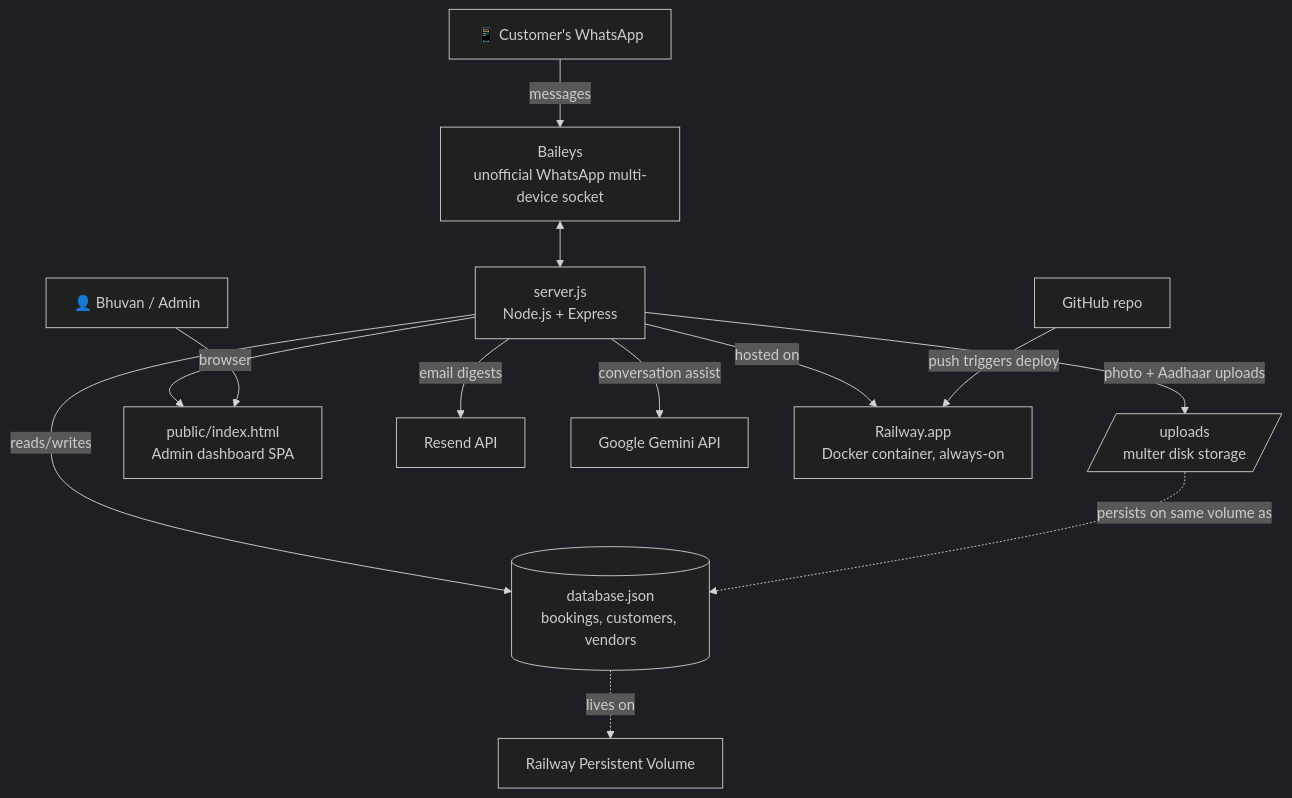
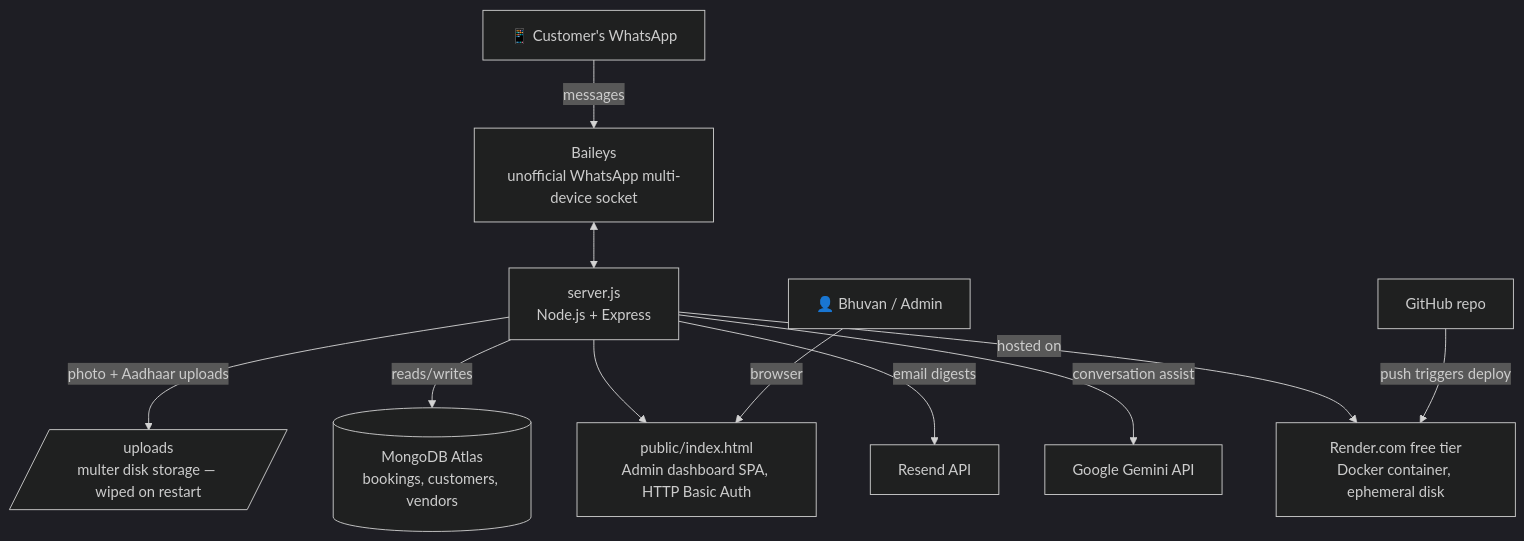
Before and after one commit to susrijambagi-boop/fixmaadi-bot: the diagram in docs/ARCHITECTURE.md, drawn with Mermaid (dark theme). The commit also changed other lines of this file and 5 other files, not shown here.

````diff
--- a/docs/ARCHITECTURE.md
+++ b/docs/ARCHITECTURE.md
@@ -5,15 +5,13 @@
 ```mermaid
 graph TD
     Customer[📱 Customer's WhatsApp] -->|messages| Baileys[Baileys<br/>unofficial WhatsApp multi-device socket]
     Baileys <--> Server[server.js<br/>Node.js + Express]
-    Server -->|photo + Aadhaar uploads| Uploads[/uploads<br/>multer disk storage/]
-    Server -->|reads/writes| DB[(database.json<br/>bookings, customers, vendors)]
-    Uploads -.persists on same volume as.-> DB
-    DB -.lives on.-> Volume[Railway Persistent Volume]
-    Server --> Dashboard[public/index.html<br/>Admin dashboard SPA]
+    Server -->|photo + Aadhaar uploads| Uploads[/uploads<br/>multer disk storage — wiped on restart/]
+    Server -->|reads/writes| DB[(MongoDB Atlas<br/>bookings, customers, vendors)]
+    Server --> Dashboard[public/index.html<br/>Admin dashboard SPA, HTTP Basic Auth]
     Admin[👤 Bhuvan / Admin] -->|browser| Dashboard
     Server -->|email digests| Resend[Resend API]
     Server -->|conversation assist| Gemini[Google Gemini API]
-    Server -->|hosted on| Railway[Railway.app<br/>Docker container, always-on]
-    GitHub[GitHub repo] -->|push triggers deploy| Railway
+    Server -->|hosted on| Render[Render.com free tier<br/>Docker container, ephemeral disk]
+    GitHub[GitHub repo] -->|push triggers deploy| Render
 ```
````
